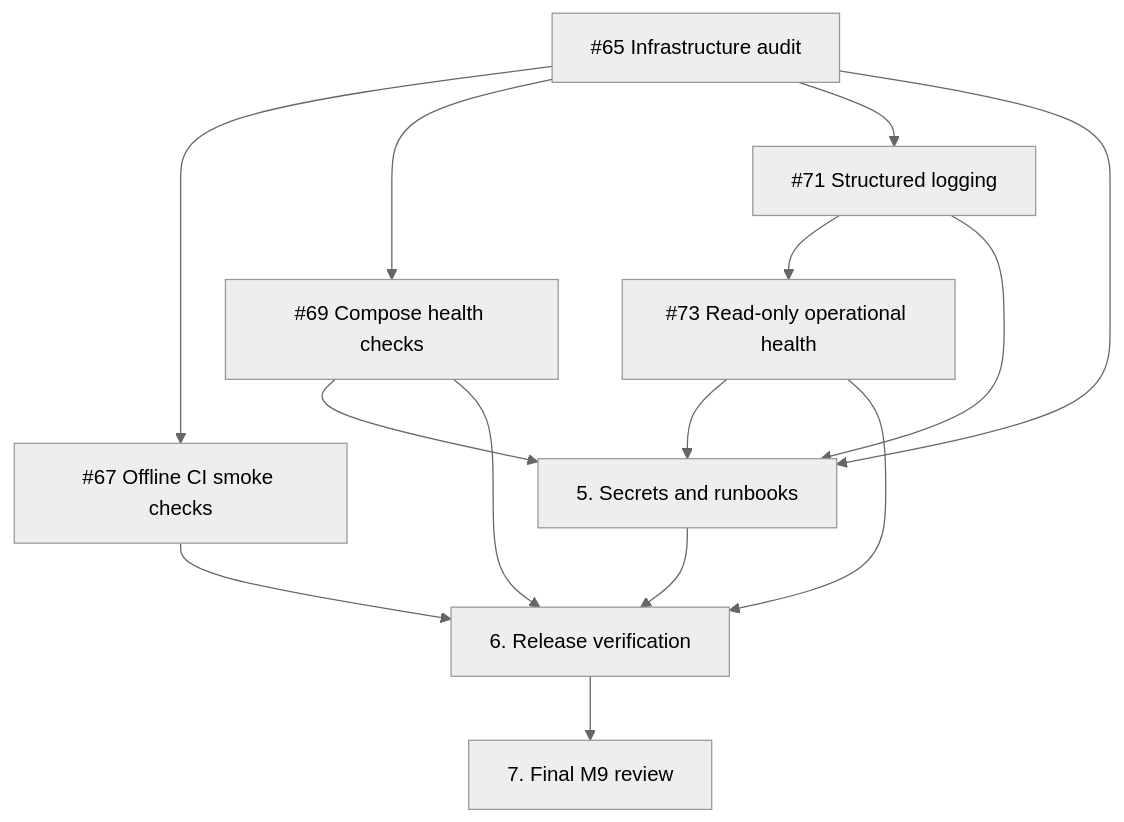
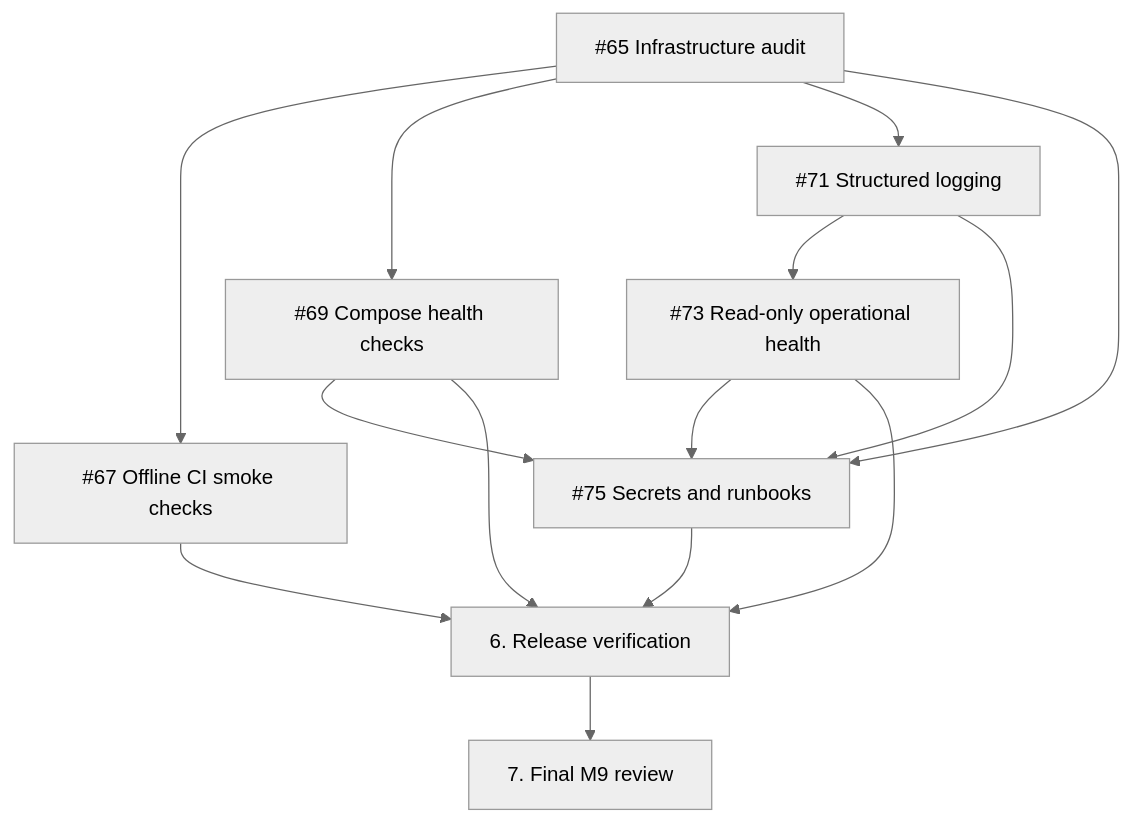
Before and after one commit to Ahmeddsayedd/financial-market-data-platform: the diagram in docs/operations/m9-implementation-plan.md, drawn with Mermaid (neutral theme). The commit also changed other lines of this file and 7 other files, not shown here.

Commit message:
ops: document secrets, least privilege and operational runbooks

````diff
--- a/docs/operations/m9-implementation-plan.md
+++ b/docs/operations/m9-implementation-plan.md
@@ -80,25 +80,25 @@
 ```mermaid
 flowchart TD
     Audit["#65 Infrastructure audit"]
     CI["#67 Offline CI smoke checks"]
     Compose["#69 Compose health checks"]
     Logging["#71 Structured logging"]
     Health["#73 Read-only operational health"]
-    Runbook["5. Secrets and runbooks"]
+    Runbook["#75 Secrets and runbooks"]
     Release["6. Release verification"]
     Review["7. Final M9 review"]
 
     Audit --> CI
     Audit --> Compose
     Audit --> Logging
     Logging --> Health
     Audit --> Runbook
     Compose --> Runbook
     Logging --> Runbook
     Health --> Runbook
     CI --> Release
     Compose --> Release
     Health --> Release
     Runbook --> Release
     Release --> Review
 ```
````
